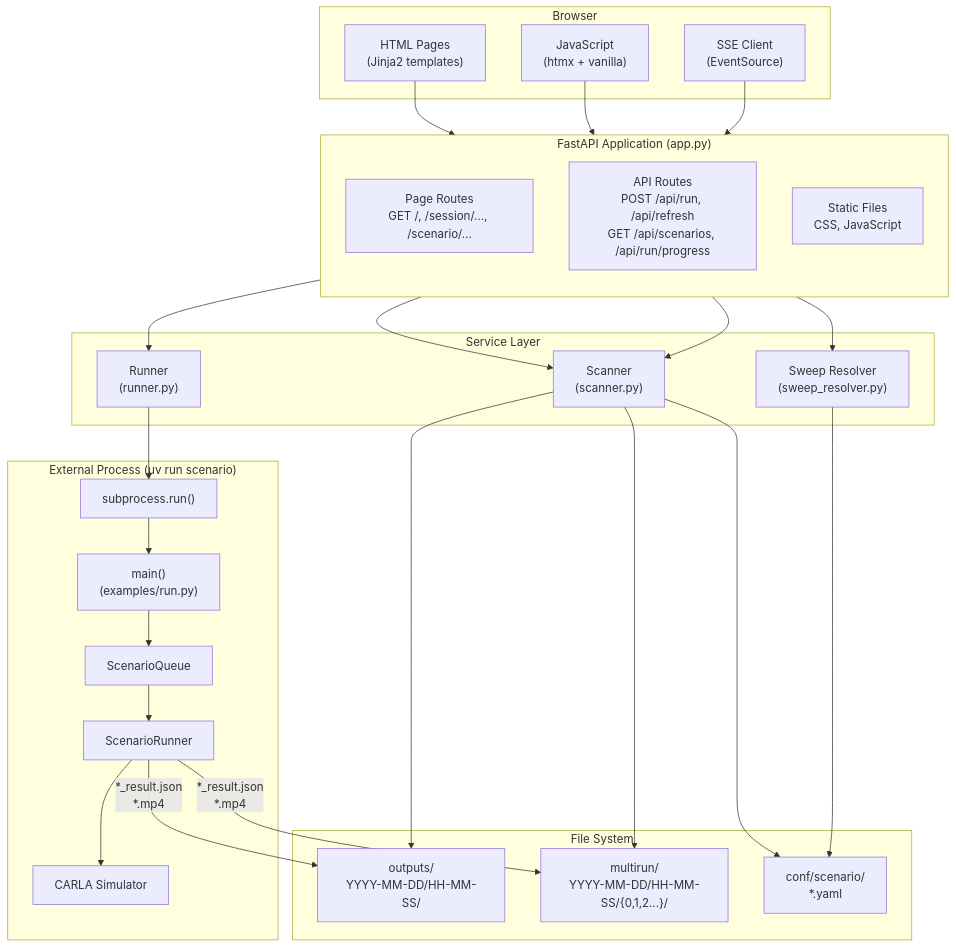
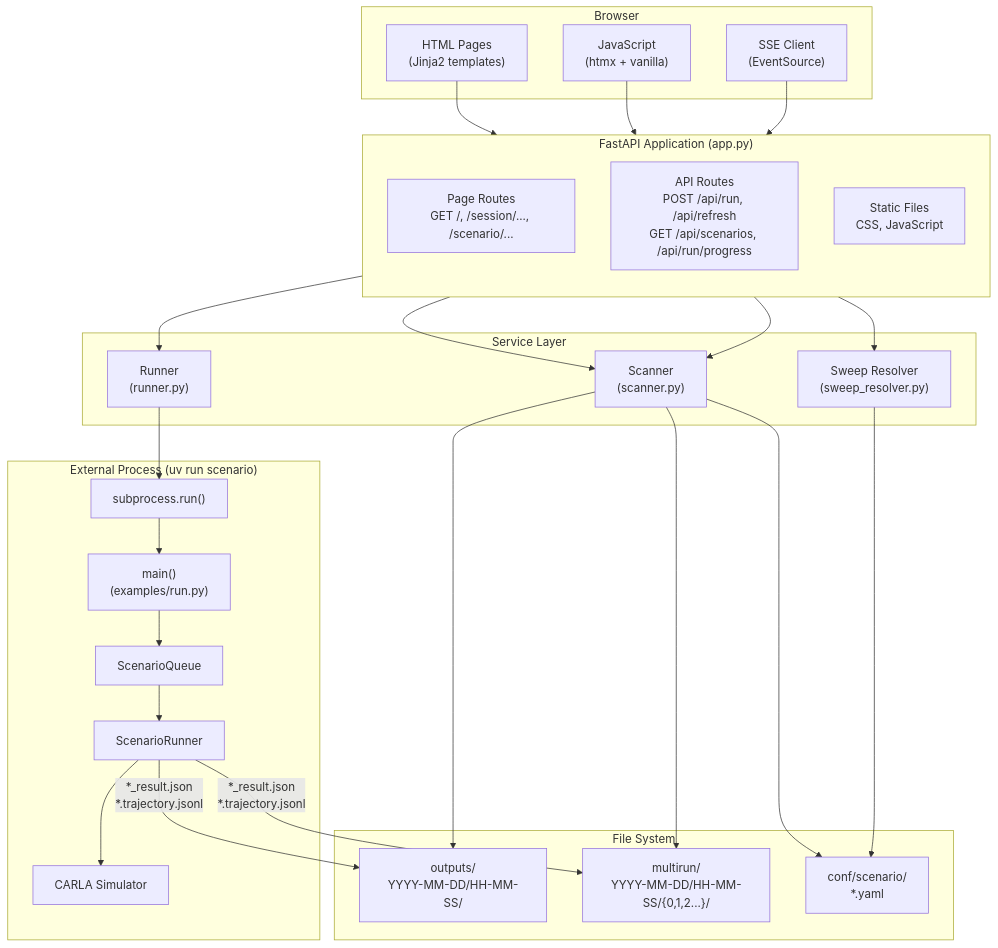
The seventh of 13 diagrams in autoware_carla_scenario/docs/architecture.md (autowarefoundation/autoware_carla_scenario), drawn with Mermaid before and after one commit. The commit also changed other lines of this file and 45 other files, not shown here.

````diff
--- a/autoware_carla_scenario/docs/architecture.md
+++ b/autoware_carla_scenario/docs/architecture.md
@@ -739,54 +711,54 @@
 ```mermaid
 graph TB
     subgraph Browser["Browser"]
         HTML["HTML Pages<br/>(Jinja2 templates)"]
         SSE["SSE Client<br/>(EventSource)"]
         JS["JavaScript<br/>(htmx + vanilla)"]
     end
 
     subgraph FastAPI["FastAPI Application (app.py)"]
         direction TB
         pages["Page Routes<br/>GET /, /session/..., /scenario/..."]
         api["API Routes<br/>POST /api/run, /api/refresh<br/>GET /api/scenarios, /api/run/progress"]
         static["Static Files<br/>CSS, JavaScript"]
     end
 
     subgraph Services["Service Layer"]
         scanner_svc["Scanner<br/>(scanner.py)"]
         runner_svc["Runner<br/>(runner.py)"]
         sweep_svc["Sweep Resolver<br/>(sweep_resolver.py)"]
     end
 
     subgraph Storage["File System"]
         outputs["outputs/<br/>YYYY-MM-DD/HH-MM-SS/"]
         multirun["multirun/<br/>YYYY-MM-DD/HH-MM-SS/{0,1,2...}/"]
         conf["conf/scenario/<br/>*.yaml"]
     end
 
     subgraph External["External Process (uv run scenario)"]
         subprocess["subprocess.run()"]
         ext_main["main()<br/>(examples/run.py)"]
         ext_queue["ScenarioQueue"]
         ext_runner["ScenarioRunner"]
         ext_carla["CARLA Simulator"]
     end
 
     HTML --> pages
     JS --> api
     SSE --> api
     pages --> scanner_svc
     api --> scanner_svc
     api --> runner_svc
     api --> sweep_svc
     scanner_svc --> outputs
     scanner_svc --> multirun
     scanner_svc --> conf
     runner_svc --> subprocess
     subprocess --> ext_main
     ext_main --> ext_queue
     ext_queue --> ext_runner
     ext_runner --> ext_carla
     sweep_svc --> conf
-    ext_runner -->|"*_result.json<br/>*.mp4"| outputs
-    ext_runner -->|"*_result.json<br/>*.mp4"| multirun
+    ext_runner -->|"*_result.json<br/>*.trajectory.jsonl"| outputs
+    ext_runner -->|"*_result.json<br/>*.trajectory.jsonl"| multirun
 ```
````
